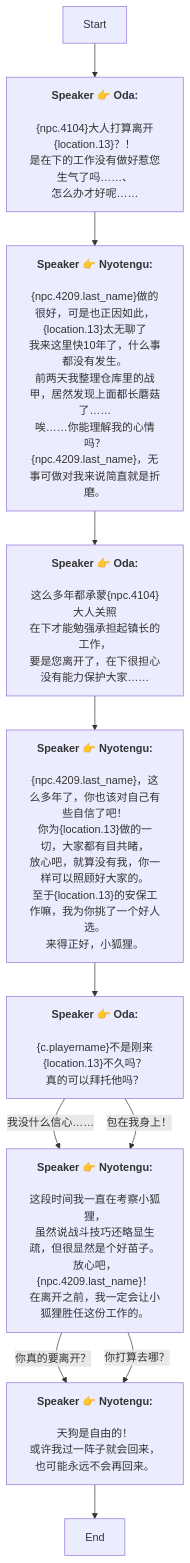
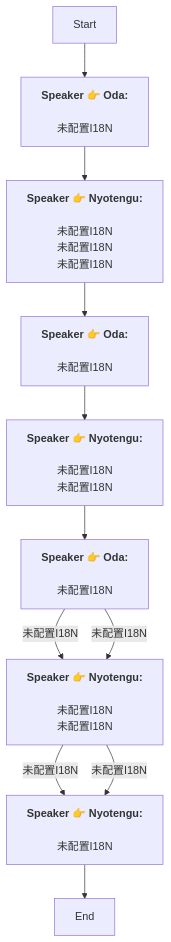
The diagram in Zh/AddDialogNode_1752701283238706.md (SoftHu/tos_avg), drawn with Mermaid before and after one commit. The commit also changed 730 other files, not shown here.

````diff
--- a/Zh/AddDialogNode_1752701283238706.md
+++ b/Zh/AddDialogNode_1752701283238706.md
@@ -1,39 +1,23 @@
 ```mermaid
 graph
 Start -->1752703222234942[<b>Speaker 👉 Oda:</b>
-\n&lbrace;npc.4104&rbrace;大人打算离开&lbrace;location.13&rbrace;？！
-是在下的工作没有做好惹您生气了吗……、
-怎么办才好呢……]
+\n未配置I18N]
 1752703222234942 -->1752703263150911[<b>Speaker 👉 Nyotengu:</b>
-\n&lbrace;npc.4209.last_name&rbrace;做的很好，可是也正因如此，&lbrace;location.13&rbrace;太无聊了
-我来这里快10年了，什么事都没有发生。\n前两天我整理仓库里的战甲，居然发现上面都长蘑菇了……
-唉……你能理解我的心情吗？\n&lbrace;npc.4209.last_name&rbrace;，无事可做对我来说简直就是折磨。]
+\n未配置I18N\n未配置I18N\n未配置I18N]
 1752703263150911 -->1752703753580352[<b>Speaker 👉 Oda:</b>
-\n这么多年都承蒙&lbrace;npc.4104&rbrace;大人关照
-在下才能勉强承担起镇长的工作，
-要是您离开了，在下很担心没有能力保护大家……]
+\n未配置I18N]
 1752703753580352 -->1752703791298369[<b>Speaker 👉 Nyotengu:</b>
-\n&lbrace;npc.4209.last_name&rbrace;，这么多年了，你也该对自己有些自信了吧！
-你为&lbrace;location.13&rbrace;做的一切，大家都有目共睹，
-放心吧，就算没有我，你一样可以照顾好大家的。\n至于&lbrace;location.13&rbrace;的安保工作嘛，我为你挑了一个好人选。
-来得正好，小狐狸。]
+\n未配置I18N\n未配置I18N]
 1752703791298369 -->1752703867654978[<b>Speaker 👉 Oda:</b>
-\n&lbrace;c.playername&rbrace;不是刚来&lbrace;location.13&rbrace;不久吗？
-真的可以拜托他吗？]
-1752703867654978 -->|我没什么信心……|1752704207243080[<b>Speaker 👉 Nyotengu:</b>
-\n这段时间我一直在考察小狐狸，
-虽然说战斗技巧还略显生疏，但很显然是个好苗子。\n放心吧，&lbrace;npc.4209.last_name&rbrace;！
-在离开之前，我一定会让小狐狸胜任这份工作的。]
-1752703867654978 -->|包在我身上！|1752704207243080[<b>Speaker 👉 Nyotengu:</b>
-\n这段时间我一直在考察小狐狸，
-虽然说战斗技巧还略显生疏，但很显然是个好苗子。\n放心吧，&lbrace;npc.4209.last_name&rbrace;！
-在离开之前，我一定会让小狐狸胜任这份工作的。]
-1752704207243080 -->|你真的要离开？|1752704391839567[<b>Speaker 👉 Nyotengu:</b>
-\n天狗是自由的！
-或许我过一阵子就会回来，也可能永远不会再回来。]
-1752704207243080 -->|你打算去哪？|1752704391839567[<b>Speaker 👉 Nyotengu:</b>
-\n天狗是自由的！
-或许我过一阵子就会回来，也可能永远不会再回来。]
+\n未配置I18N]
+1752703867654978 -->|未配置I18N|1752704207243080[<b>Speaker 👉 Nyotengu:</b>
+\n未配置I18N\n未配置I18N]
+1752703867654978 -->|未配置I18N|1752704207243080[<b>Speaker 👉 Nyotengu:</b>
+\n未配置I18N\n未配置I18N]
+1752704207243080 -->|未配置I18N|1752704391839567[<b>Speaker 👉 Nyotengu:</b>
+\n未配置I18N]
+1752704207243080 -->|未配置I18N|1752704391839567[<b>Speaker 👉 Nyotengu:</b>
+\n未配置I18N]
 1752704391839567 -->1752704505191249[End]
 
 ```
````
